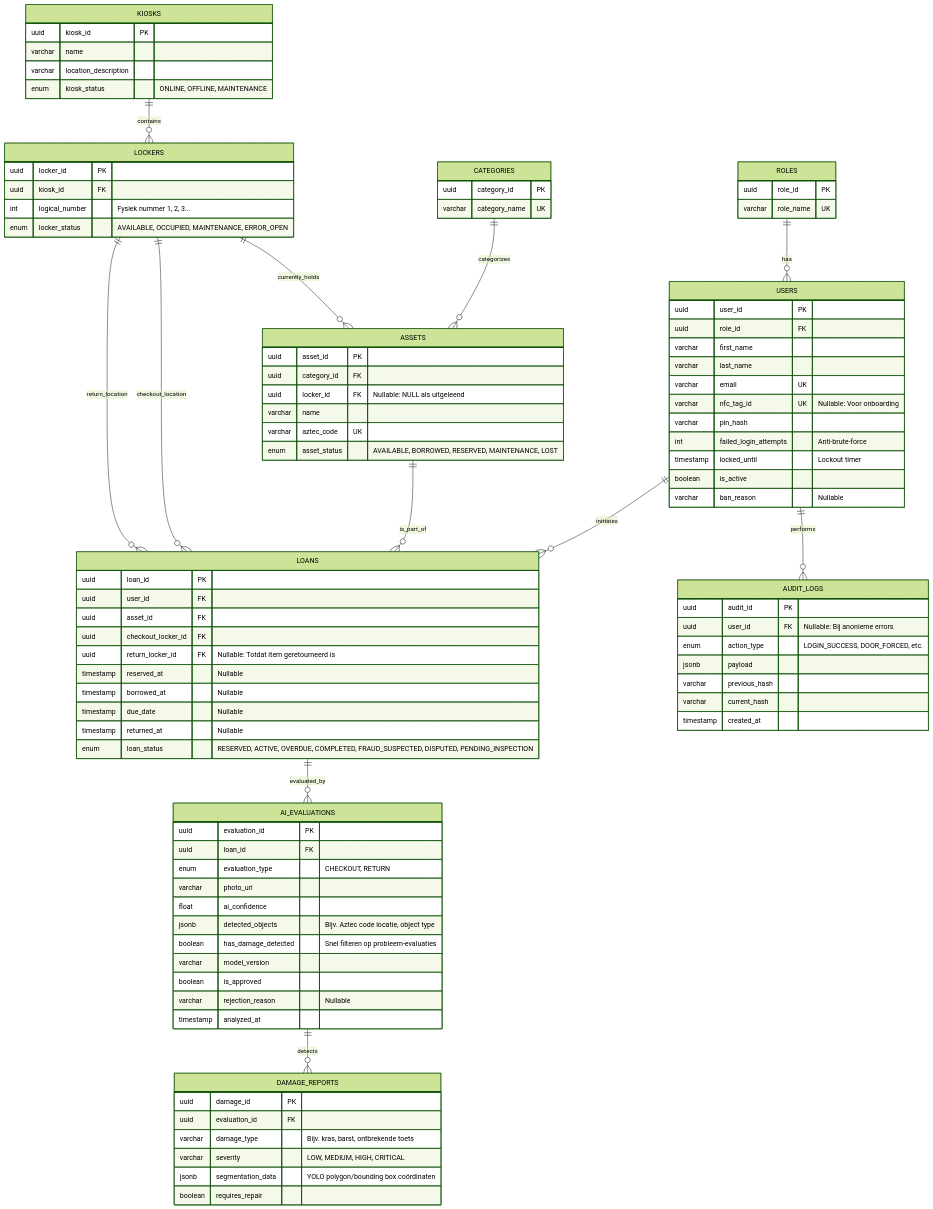
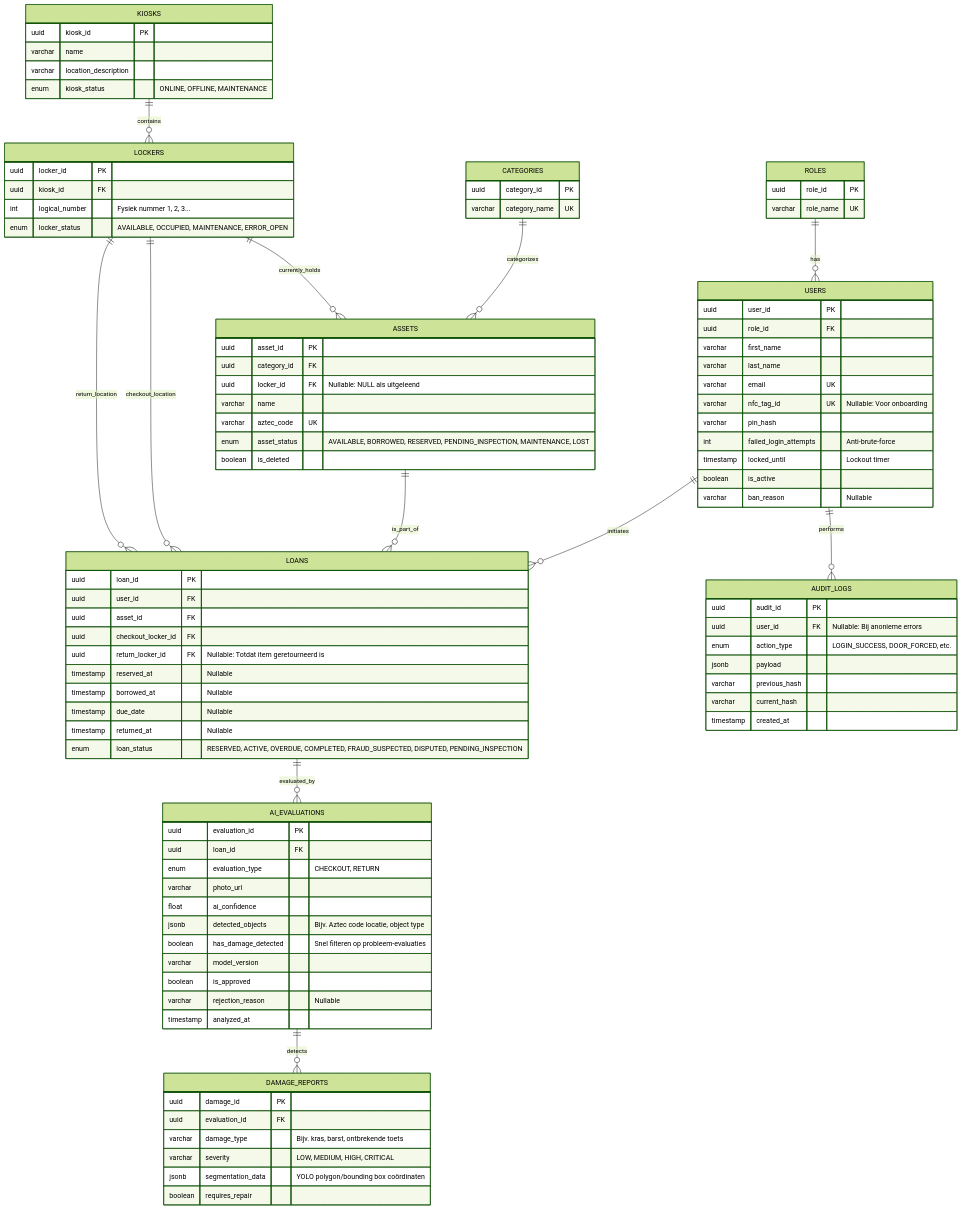
One commit to easylend-practice-enterprise/easylend changed the diagram in docs/erd.mmd. Above: the diagram before and after it, drawn with Mermaid (forest theme). The commit also changed 12 other files, not shown here.

Commit message:
docs & db: implement soft delete, pending inspection and cleanup diagrams

```diff
--- a/docs/erd.mmd
+++ b/docs/erd.mmd
@@ -1,112 +1,113 @@
 erDiagram
     %% Lookup Tabellen
     ROLES ||--o{ USERS : has
     CATEGORIES ||--o{ ASSETS : categorizes
     
     %% Infrastructuur
     KIOSKS ||--o{ LOCKERS : contains
     LOCKERS ||--o{ ASSETS : currently_holds
     
     %% Transacties
     USERS ||--o{ LOANS : initiates
     ASSETS ||--o{ LOANS : is_part_of
     LOCKERS ||--o{ LOANS : checkout_location
     LOCKERS ||--o{ LOANS : return_location
     
     %% Analyses, Security & AI
     LOANS ||--o{ AI_EVALUATIONS : evaluated_by
     AI_EVALUATIONS ||--o{ DAMAGE_REPORTS : detects
     USERS ||--o{ AUDIT_LOGS : performs
     
     ROLES {
         uuid role_id PK
         varchar role_name UK
     }
     
     CATEGORIES {
         uuid category_id PK
         varchar category_name UK
     }
     
     USERS {
         uuid user_id PK
         uuid role_id FK
         varchar first_name
         varchar last_name
         varchar email UK
         varchar nfc_tag_id UK "Nullable: Voor onboarding"
         varchar pin_hash
         int failed_login_attempts "Anti-brute-force"
         timestamp locked_until "Lockout timer"
         boolean is_active
         varchar ban_reason "Nullable"
     }
     
     KIOSKS {
         uuid kiosk_id PK
         varchar name
         varchar location_description
         enum kiosk_status "ONLINE, OFFLINE, MAINTENANCE"
     }
 
     LOCKERS {
         uuid locker_id PK
         uuid kiosk_id FK
         int logical_number "Fysiek nummer 1, 2, 3..."
         enum locker_status "AVAILABLE, OCCUPIED, MAINTENANCE, ERROR_OPEN"
     }
     
     ASSETS {
         uuid asset_id PK
         uuid category_id FK
         uuid locker_id FK "Nullable: NULL als uitgeleend"
         varchar name
         varchar aztec_code UK
-        enum asset_status "AVAILABLE, BORROWED, RESERVED, MAINTENANCE, LOST"
+        enum asset_status "AVAILABLE, BORROWED, RESERVED, PENDING_INSPECTION, MAINTENANCE, LOST"
+        boolean is_deleted
     }
     
     LOANS {
         uuid loan_id PK
         uuid user_id FK
         uuid asset_id FK
         uuid checkout_locker_id FK
         uuid return_locker_id FK "Nullable: Totdat item geretourneerd is"
         timestamp reserved_at "Nullable"
         timestamp borrowed_at "Nullable"
         timestamp due_date "Nullable"
         timestamp returned_at "Nullable"
         enum loan_status "RESERVED, ACTIVE, OVERDUE, COMPLETED, FRAUD_SUSPECTED, DISPUTED, PENDING_INSPECTION"
     }
     
     AI_EVALUATIONS {
         uuid evaluation_id PK
         uuid loan_id FK
         enum evaluation_type "CHECKOUT, RETURN"
         varchar photo_url
         float ai_confidence
         jsonb detected_objects "Bijv. Aztec code locatie, object type"
         boolean has_damage_detected "Snel filteren op probleem-evaluaties"
         varchar model_version
         boolean is_approved
         varchar rejection_reason "Nullable"
         timestamp analyzed_at
     }
 
     DAMAGE_REPORTS {
         uuid damage_id PK
         uuid evaluation_id FK
         varchar damage_type "Bijv. kras, barst, ontbrekende toets"
         varchar severity "LOW, MEDIUM, HIGH, CRITICAL"
         jsonb segmentation_data "YOLO polygon/bounding box coördinaten"
         boolean requires_repair
     }
     
     AUDIT_LOGS {
         uuid audit_id PK
         uuid user_id FK "Nullable: Bij anonieme errors"
         enum action_type "LOGIN_SUCCESS, DOOR_FORCED, etc."
         jsonb payload
         varchar previous_hash
         varchar current_hash
         timestamp created_at
     }
```
